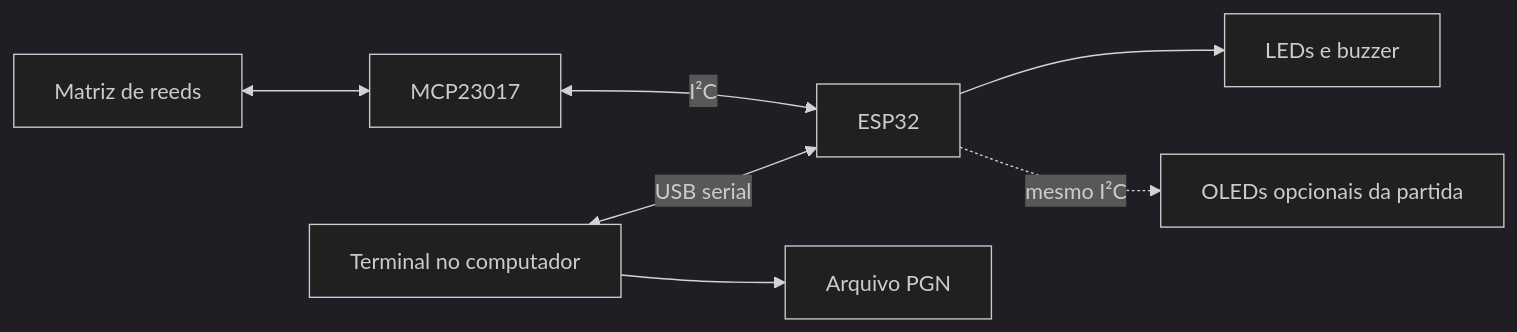
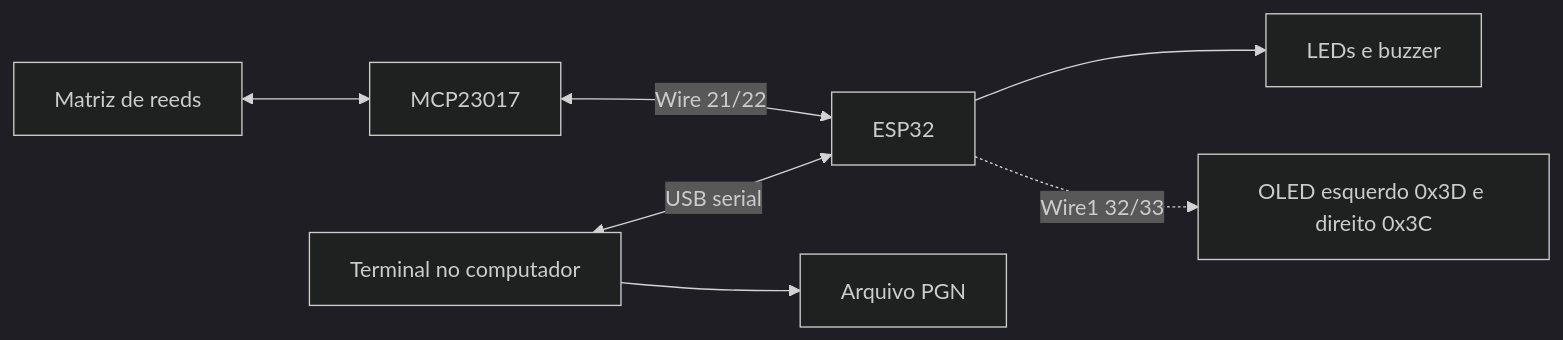
The diagram in docs/arquitetura.md (tadashinagashima/certificadora-dois), drawn with Mermaid (dark theme) before and after one commit. The commit also changed other lines of this file and 27 other files, not shown here.

````diff
--- a/docs/arquitetura.md
+++ b/docs/arquitetura.md
@@ -7,9 +7,9 @@
 ```mermaid
 flowchart LR
     M[Matriz de reeds] <--> X[MCP23017]
-    X <-->|I²C| E[ESP32]
+    X <-->|Wire 21/22| E[ESP32]
     PC[Terminal no computador] <-->|USB serial| E
     PC --> PGN[Arquivo PGN]
     E --> S[LEDs e buzzer]
-    E -.->|mesmo I²C| O[OLEDs opcionais da partida]
+    E -.->|Wire1 32/33| O[OLED esquerdo 0x3D e direito 0x3C]
 ```
````
